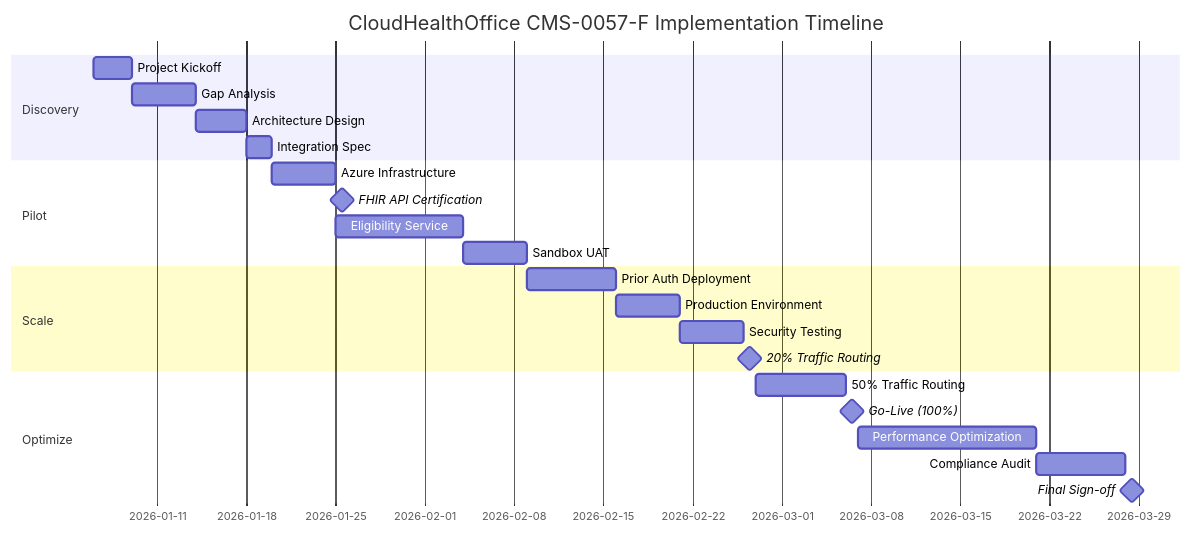
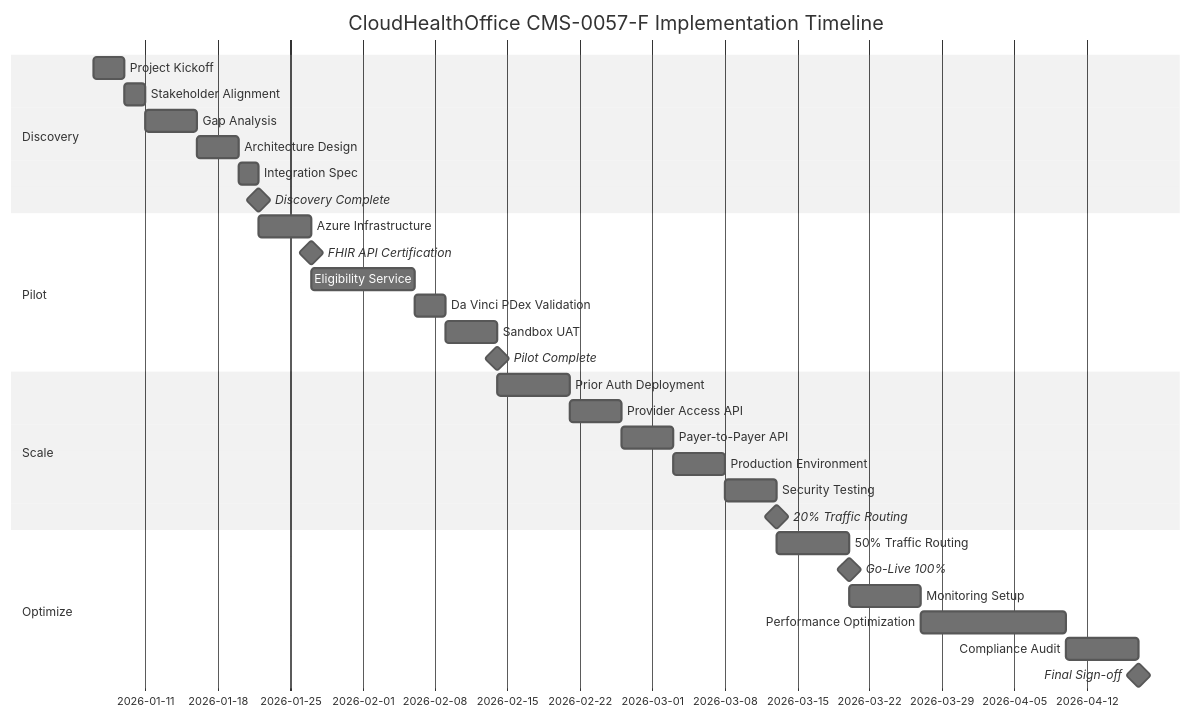
The fourth of 4 diagrams in docs/WHITEPAPER-CMS-0057-F-COMPLIANCE.md (aurelianware/cloudhealthoffice), drawn with Mermaid before and after one commit. The commit also changed other lines of this file and 4 other files, not shown here.

````diff
--- a/docs/WHITEPAPER-CMS-0057-F-COMPLIANCE.md
+++ b/docs/WHITEPAPER-CMS-0057-F-COMPLIANCE.md
@@ -527,26 +617,38 @@
 ```mermaid
+%%{init: {'theme': 'neutral', 'themeVariables': { 'primaryColor': '#3498db' }}}%%
 gantt
     title CloudHealthOffice CMS-0057-F Implementation Timeline
     dateFormat  YYYY-MM-DD
+    
     section Discovery
     Project Kickoff           :a1, 2026-01-06, 3d
-    Gap Analysis              :a2, after a1, 5d
-    Architecture Design       :a3, after a2, 4d
-    Integration Spec          :a4, after a3, 2d
+    Stakeholder Alignment     :a2, after a1, 2d
+    Gap Analysis              :a3, after a2, 5d
+    Architecture Design       :a4, after a3, 4d
+    Integration Spec          :a5, after a4, 2d
+    Discovery Complete        :milestone, m1, after a5, 0d
+    
     section Pilot
-    Azure Infrastructure      :b1, after a4, 5d
-    FHIR API Certification    :milestone, b2, after b1, 1d
-    Eligibility Service       :b3, after b1, 10d
+    Azure Infrastructure      :b1, after a5, 5d
+    FHIR API Certification    :milestone, m2, after b1, 0d
+    Eligibility Service       :b2, after b1, 10d
+    Da Vinci PDex Validation  :b3, after b2, 3d
     Sandbox UAT               :b4, after b3, 5d
+    Pilot Complete            :milestone, m3, after b4, 0d
+    
     section Scale
     Prior Auth Deployment     :c1, after b4, 7d
-    Production Environment    :c2, after c1, 5d
-    Security Testing          :c3, after c2, 5d
-    20% Traffic Routing       :milestone, c4, after c3, 1d
+    Provider Access API       :c2, after c1, 5d
+    Payer-to-Payer API        :c3, after c2, 5d
+    Production Environment    :c4, after c3, 5d
+    Security Testing          :c5, after c4, 5d
+    20% Traffic Routing       :milestone, m4, after c5, 0d
+    
     section Optimize
-    50% Traffic Routing       :d1, after c4, 7d
-    Go-Live (100%)            :milestone, d2, after d1, 1d
+    50% Traffic Routing       :d1, after c5, 7d
+    Go-Live 100%              :milestone, m5, after d1, 0d
+    Monitoring Setup          :d2, after d1, 7d
     Performance Optimization  :d3, after d2, 14d
     Compliance Audit          :d4, after d3, 7d
-    Final Sign-off            :milestone, d5, after d4, 1d
+    Final Sign-off            :milestone, m6, after d4, 0d
 ```
````
